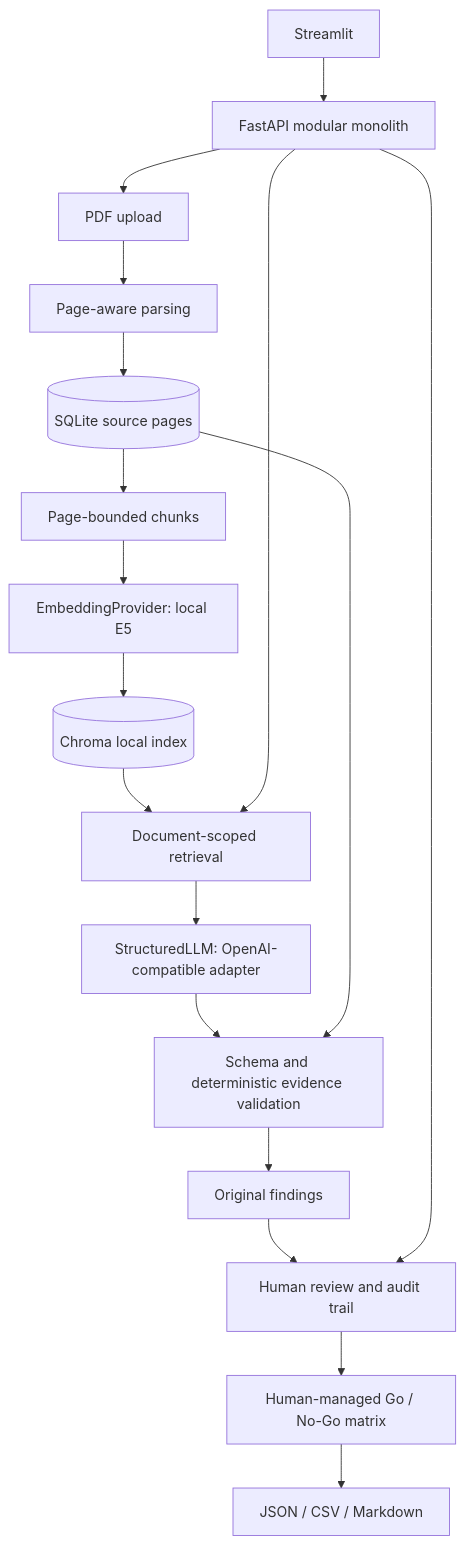
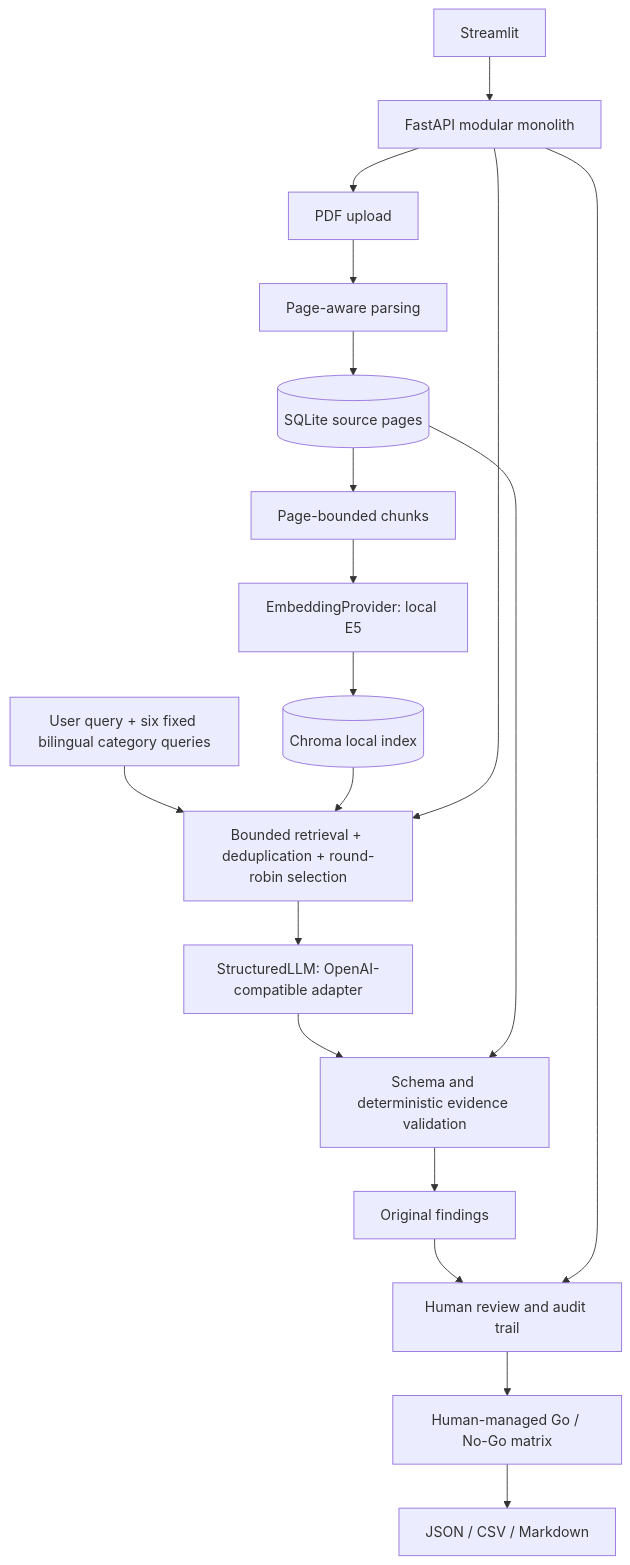
One commit to nak224/tendercite changed the diagram in README.md. Above: the diagram before and after it, drawn with Mermaid. The commit also changed other lines of this file and 8 other files, not shown here.

````diff
--- a/README.md
+++ b/README.md
@@ -28,20 +29,21 @@
 ```mermaid
 flowchart TD
     PDF[PDF upload] --> Parser[Page-aware parsing]
     Parser --> SQLite[(SQLite source pages)]
     SQLite --> Chunks[Page-bounded chunks]
     Chunks --> Embeddings[EmbeddingProvider: local E5]
     Embeddings --> Chroma[(Chroma local index)]
-    Chroma --> Retrieval[Document-scoped retrieval]
+    Plan[User query + six fixed bilingual category queries] --> Retrieval
+    Chroma --> Retrieval[Bounded retrieval + deduplication + round-robin selection]
     Retrieval --> LLM[StructuredLLM: OpenAI-compatible adapter]
     LLM --> Validation[Schema and deterministic evidence validation]
     SQLite --> Validation
     Validation --> Findings[Original findings]
     Findings --> Review[Human review and audit trail]
     Review --> Matrix[Human-managed Go / No-Go matrix]
     Matrix --> Export[JSON / CSV / Markdown]
     UI[Streamlit] --> API[FastAPI modular monolith]
     API --> PDF
     API --> Retrieval
     API --> Review
 ```
````
